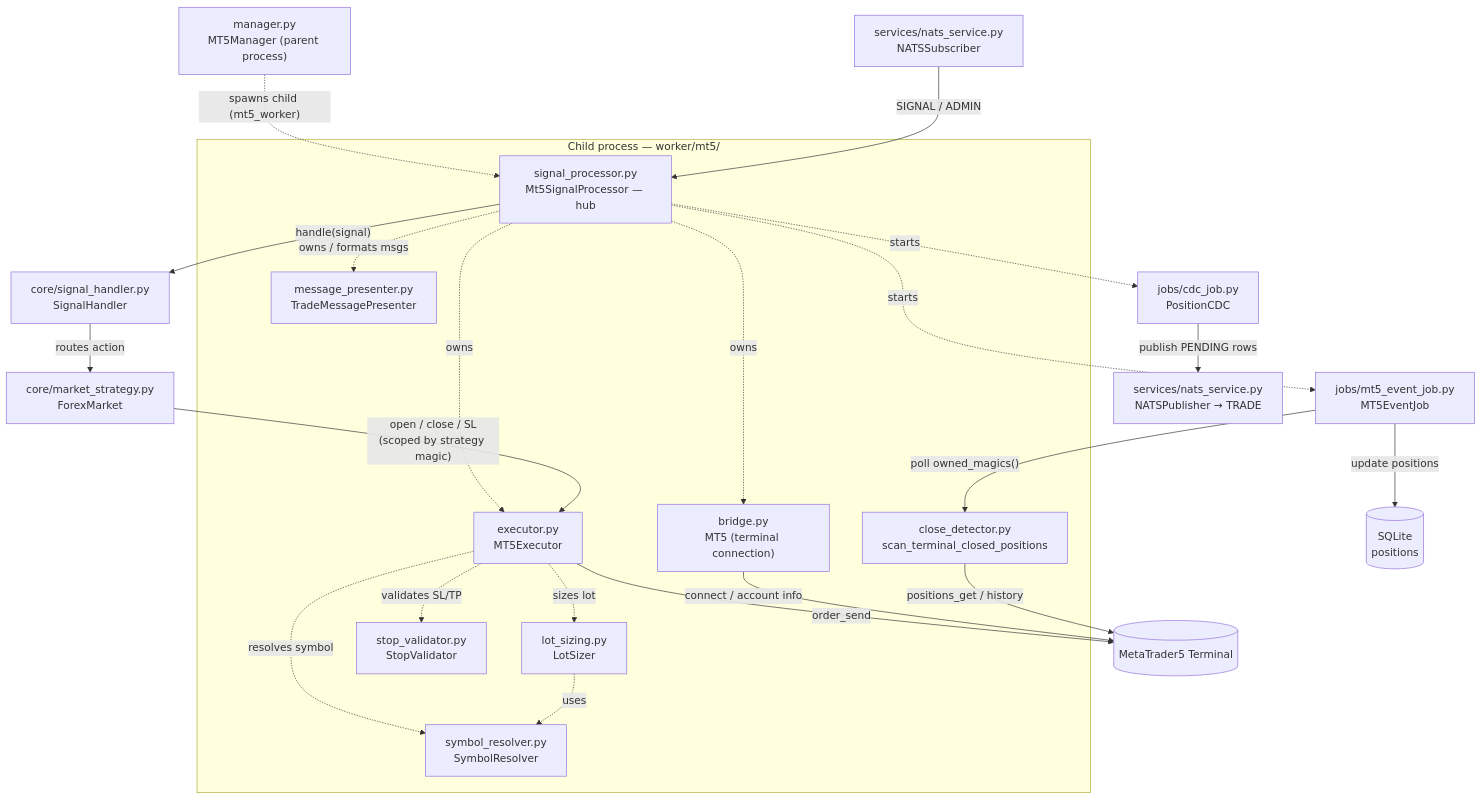
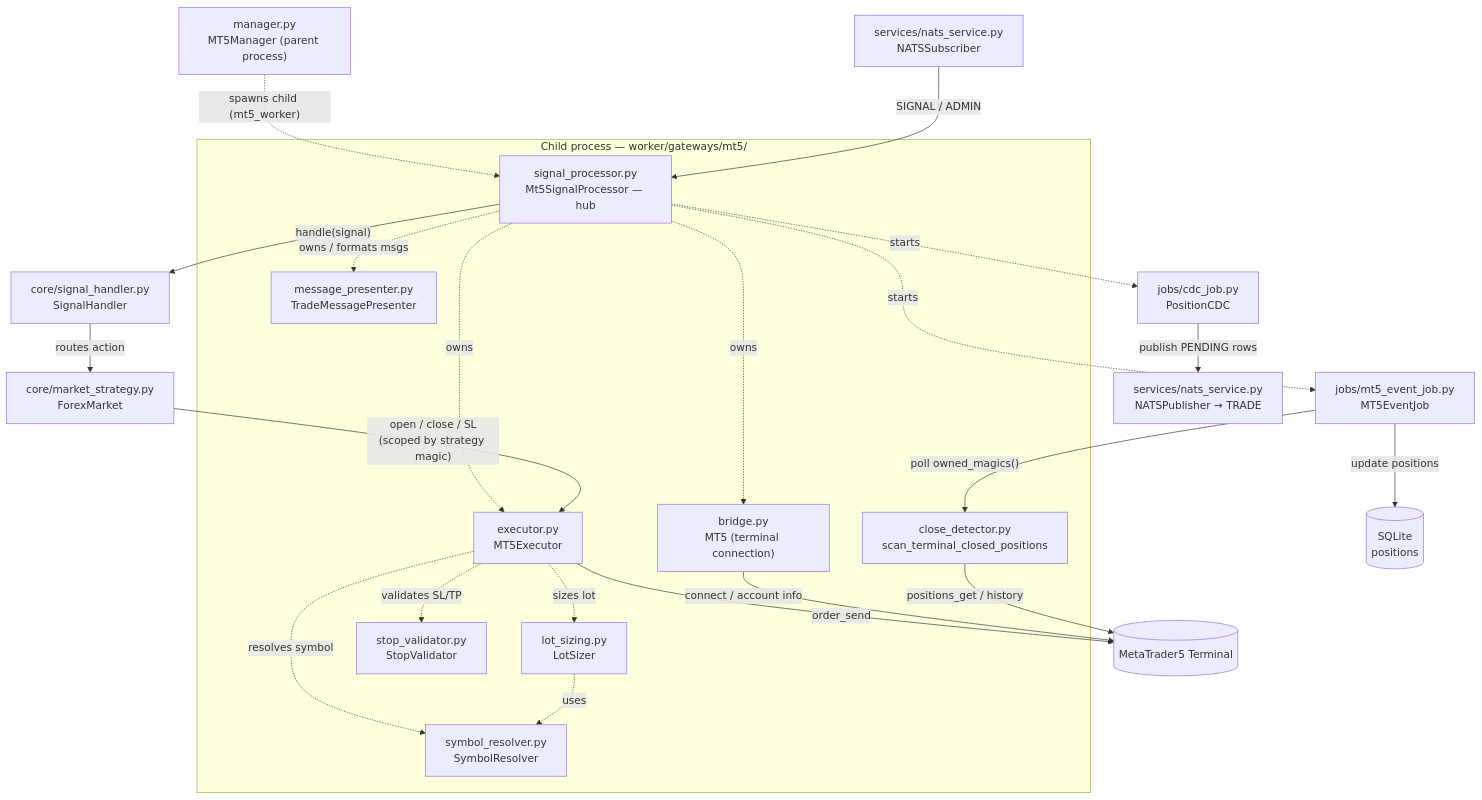
One commit to rockingrow/algo-trading-worker changed the second of 2 diagrams in README.md. Above: the diagram before and after it, drawn with Mermaid. The commit also changed other lines of this file and 1 other file, not shown here.

First line of the commit message:
docs: update README + changelog for crypto/gateways/generic-DB/Docker

````diff
--- a/README.md
+++ b/README.md
@@ -179,42 +180,42 @@
 ```mermaid
 graph TD
     Manager["manager.py<br/>MT5Manager (parent process)"]
 
-    subgraph Child["Child process — worker/mt5/"]
+    subgraph Child["Child process — worker/gateways/mt5/"]
         SP["signal_processor.py<br/>Mt5SignalProcessor — hub"]
         Bridge["bridge.py<br/>MT5 (terminal connection)"]
         Presenter["message_presenter.py<br/>TradeMessagePresenter"]
         Executor["executor.py<br/>MT5Executor"]
         Resolver["symbol_resolver.py<br/>SymbolResolver"]
         LotSizer["lot_sizing.py<br/>LotSizer"]
         StopVal["stop_validator.py<br/>StopValidator"]
         CloseDet["close_detector.py<br/>scan_terminal_closed_positions"]
     end
 
     Manager -. "spawns child (mt5_worker)" .-> SP
 
     %% Composition — signal_processor builds the stack
     SP -. "owns" .-> Bridge
     SP -. "owns" .-> Executor
     SP -. "owns / formats msgs" .-> Presenter
     Executor -. "resolves symbol" .-> Resolver
     Executor -. "sizes lot" .-> LotSizer
     Executor -. "validates SL/TP" .-> StopVal
     LotSizer -. "uses" .-> Resolver
 
     %% Live signal path
     Sub["services/nats_service.py<br/>NATSSubscriber"] -- "SIGNAL / ADMIN" --> SP
     SP -- "handle(signal)" --> Handler["core/signal_handler.py<br/>SignalHandler"]
     Handler -- "routes action" --> Strategy["core/market_strategy.py<br/>ForexMarket"]
     Strategy -- "open / close / SL<br/>(scoped by strategy magic)" --> Executor
     Executor -- "order_send" --> Term[(MetaTrader5 Terminal)]
     Bridge -- "connect / account info" --> Term
 
     %% Background jobs started by the hub
     SP -. "starts" .-> EventJob["jobs/mt5_event_job.py<br/>MT5EventJob"]
     SP -. "starts" .-> CDC["jobs/cdc_job.py<br/>PositionCDC"]
     EventJob -- "poll owned_magics()" --> CloseDet
     CloseDet -- "positions_get / history" --> Term
     EventJob -- "update positions" --> DB[("SQLite<br/>positions")]
     CDC -- "publish PENDING rows" --> Pub["services/nats_service.py<br/>NATSPublisher → TRADE"]
 ```
````
